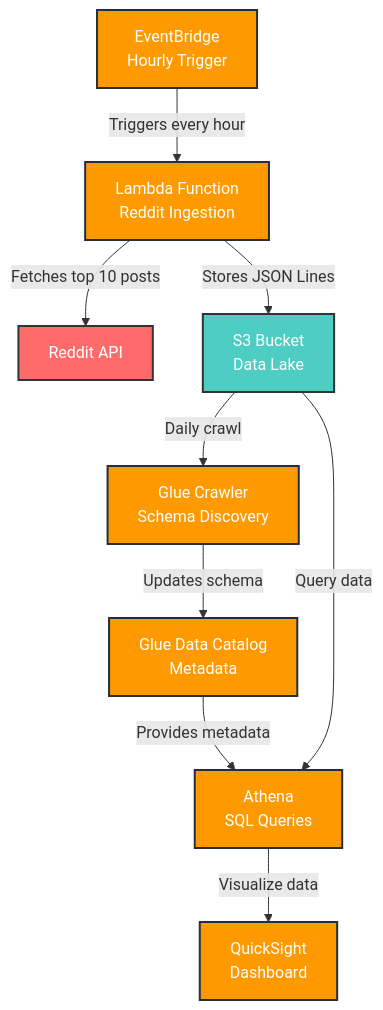
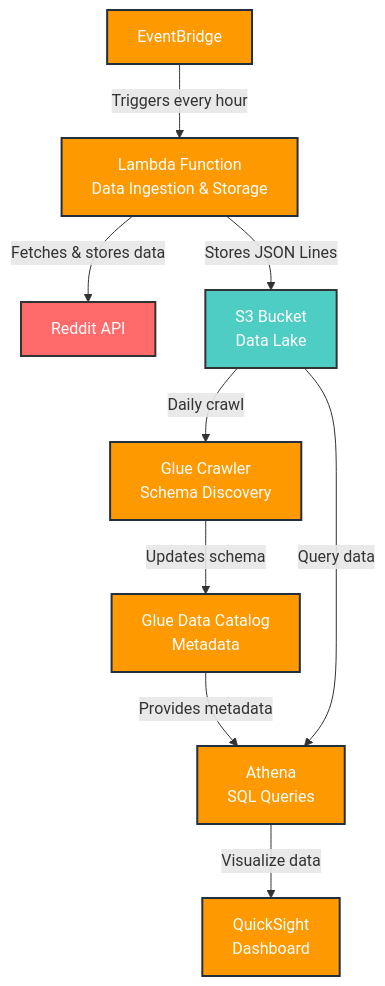
The diagram in README.md (YonatanHanasav/aws-reddit-streaming-pipeline), drawn with Mermaid before and after one commit. The commit also changed other lines of this file, not shown here.

````diff
--- a/README.md
+++ b/README.md
@@ -15,28 +16,28 @@
 ```mermaid
 graph TB
     RedditAPI[Reddit API] 
-    EventBridge[EventBridge<br/>Hourly Trigger]
-    Lambda[Lambda Function<br/>Reddit Ingestion]
+    EventBridge[EventBridge<br/>]
+    Lambda[Lambda Function<br/>Data Ingestion & Storage]
     S3[S3 Bucket<br/>Data Lake]
     GlueCrawler[Glue Crawler<br/>Schema Discovery]
     DataCatalog[Glue Data Catalog<br/>Metadata]
     Athena[Athena<br/>SQL Queries]
     QuickSight[QuickSight<br/>Dashboard]
     
     EventBridge -->|Triggers every hour| Lambda
-    Lambda -->|Fetches top 10 posts| RedditAPI
+    Lambda -->|Fetches & stores data| RedditAPI
     Lambda -->|Stores JSON Lines| S3
     S3 -->|Daily crawl| GlueCrawler
     GlueCrawler -->|Updates schema| DataCatalog
     DataCatalog -->|Provides metadata| Athena
     S3 -->|Query data| Athena
     Athena -->|Visualize data| QuickSight
     
     classDef aws fill:#FF9900,stroke:#232F3E,stroke-width:2px,color:#fff
     classDef external fill:#FF6B6B,stroke:#333,stroke-width:2px,color:#fff
     classDef data fill:#4ECDC4,stroke:#333,stroke-width:2px,color:#fff
     
     class EventBridge,Lambda,S3,GlueCrawler,DataCatalog,Athena,QuickSight aws
     class RedditAPI external
     class S3 data
 ```
````
